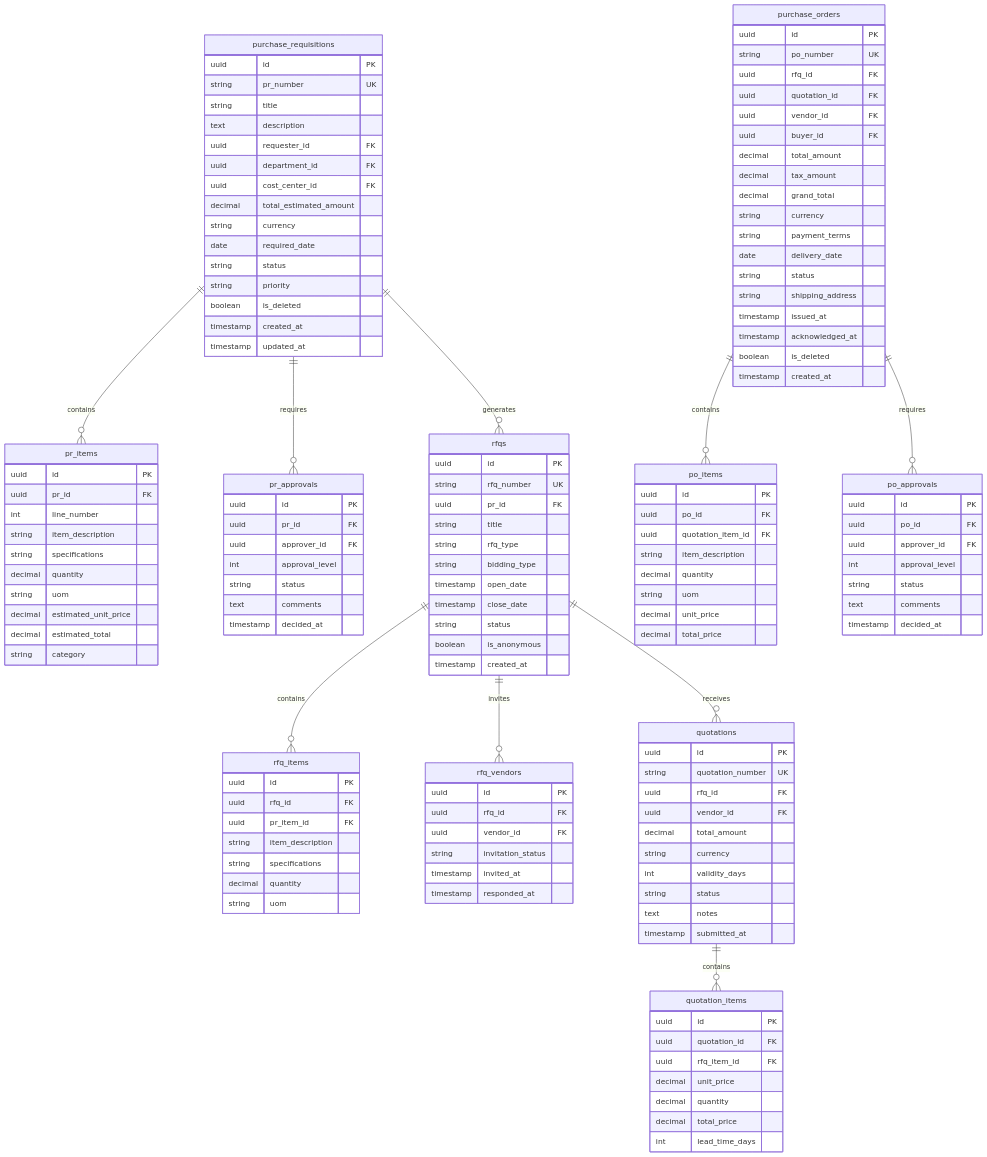
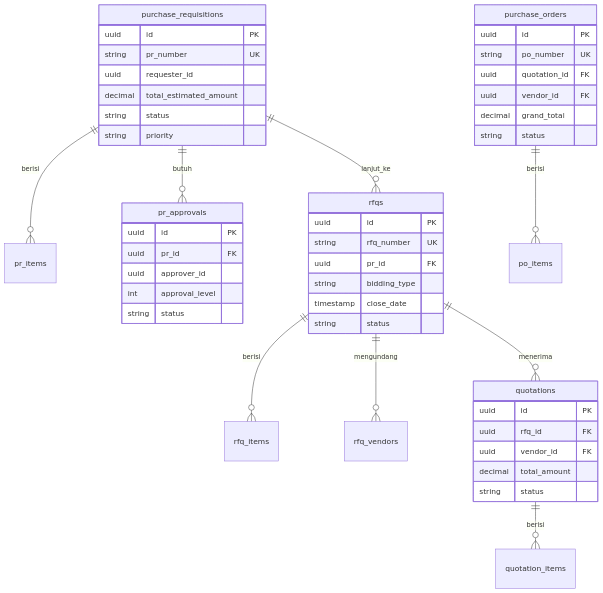
Before and after one commit to Vencore-erp/documentation: the third of 5 diagrams in system_design/DATABASE_SCHEMA.md, drawn with Mermaid. The commit also changed other lines of this file, not shown here.

Commit message:
Update DATABASE_SCHEMA.md with detailed Indonesian explanations

````diff
--- a/system_design/DATABASE_SCHEMA.md
+++ b/system_design/DATABASE_SCHEMA.md
@@ -171,151 +158,50 @@
 ```mermaid
 erDiagram
-    purchase_requisitions ||--o{ pr_items : contains
-    purchase_requisitions ||--o{ pr_approvals : requires
-    purchase_requisitions ||--o{ rfqs : generates
-    rfqs ||--o{ rfq_items : contains
-    rfqs ||--o{ rfq_vendors : invites
-    rfqs ||--o{ quotations : receives
-    quotations ||--o{ quotation_items : contains
-    purchase_orders ||--o{ po_items : contains
-    purchase_orders ||--o{ po_approvals : requires
+    purchase_requisitions ||--o{ pr_items : berisi
+    purchase_requisitions ||--o{ pr_approvals : butuh
+    purchase_requisitions ||--o{ rfqs : lanjut_ke
+    rfqs ||--o{ rfq_items : berisi
+    rfqs ||--o{ rfq_vendors : mengundang
+    rfqs ||--o{ quotations : menerima
+    quotations ||--o{ quotation_items : berisi
+    purchase_orders ||--o{ po_items : berisi
 
     purchase_requisitions {
         uuid id PK
         string pr_number UK
-        string title
-        text description
-        uuid requester_id FK
-        uuid department_id FK
-        uuid cost_center_id FK
+        uuid requester_id
         decimal total_estimated_amount
-        string currency
-        date required_date
         string status
         string priority
-        boolean is_deleted
-        timestamp created_at
-        timestamp updated_at
     }
-
-    pr_items {
-        uuid id PK
-        uuid pr_id FK
-        int line_number
-        string item_description
-        string specifications
-        decimal quantity
-        string uom
-        decimal estimated_unit_price
-        decimal estimated_total
-        string category
-    }
-
     pr_approvals {
         uuid id PK
         uuid pr_id FK
-        uuid approver_id FK
+        uuid approver_id
         int approval_level
         string status
-        text comments
-        timestamp decided_at
     }
-
     rfqs {
         uuid id PK
         string rfq_number UK
         uuid pr_id FK
-        string title
-        string rfq_type
         string bidding_type
-        timestamp open_date
         timestamp close_date
         string status
-        boolean is_anonymous
-        timestamp created_at
     }
-
-    rfq_items {
-        uuid id PK
-        uuid rfq_id FK
-        uuid pr_item_id FK
-        string item_description
-        string specifications
-        decimal quantity
-        string uom
-    }
-
-    rfq_vendors {
+    quotations {
         uuid id PK
         uuid rfq_id FK
         uuid vendor_id FK
-        string invitation_status
-        timestamp invited_at
-        timestamp responded_at
+        decimal total_amount
+        string status
     }
-
-    quotations {
-        uuid id PK
-        string quotation_number UK
-        uuid rfq_id FK
-        uuid vendor_id FK
-        decimal total_amount
-        string currency
-        int validity_days
-        string status
-        text notes
-        timestamp submitted_at
-    }
-
-    quotation_items {
-        uuid id PK
-        uuid quotation_id FK
-        uuid rfq_item_id FK
-        decimal unit_price
-        decimal quantity
-        decimal total_price
-        int lead_time_days
-    }
-
     purchase_orders {
         uuid id PK
         string po_number UK
-        uuid rfq_id FK
         uuid quotation_id FK
         uuid vendor_id FK
-        uuid buyer_id FK
-        decimal total_amount
-        decimal tax_amount
         decimal grand_total
-        string currency
-        string payment_terms
-        date delivery_date
         string status
-        string shipping_address
-        timestamp issued_at
-        timestamp acknowledged_at
-        boolean is_deleted
-        timestamp created_at
-    }
-
-    po_items {
-        uuid id PK
-        uuid po_id FK
-        uuid quotation_item_id FK
-        string item_description
-        decimal quantity
-        string uom
-        decimal unit_price
-        decimal total_price
-    }
-
-    po_approvals {
-        uuid id PK
-        uuid po_id FK
-        uuid approver_id FK
-        int approval_level
-        string status
-        text comments
-        timestamp decided_at
     }
 ```
````
